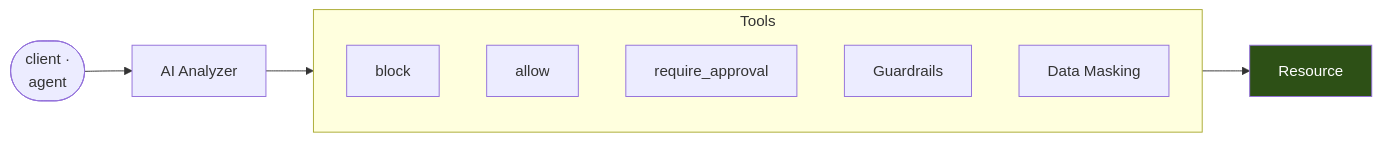
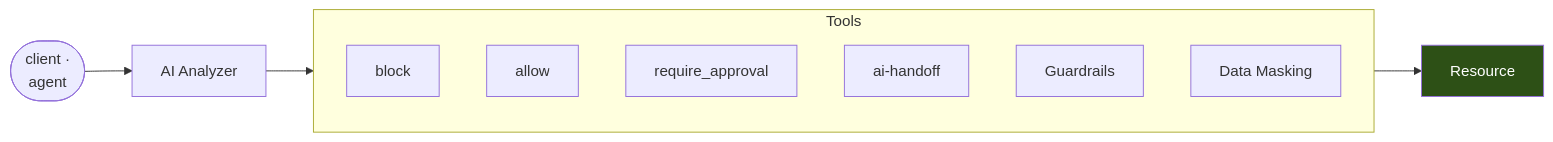
Before and after one commit to hoophq/documentation: the diagram in features/agentic-access.mdx, drawn with Mermaid. The commit also changed other lines of this file and 3 other files, not shown here.

````diff
--- a/features/agentic-access.mdx
+++ b/features/agentic-access.mdx
@@ -10,18 +10,19 @@
 ```mermaid
 flowchart LR
     C(["client ·<br/>agent"]) --> AI["AI Analyzer"]
 
     subgraph TOOLS["Tools"]
       direction TB
       BLK["block"]
       ALW["allow"]
       RVW["require_approval"]
+      HND["ai-handoff"]
       GR["Guardrails"]
       DM["Data Masking"]
     end
 
     AI --> TOOLS
     TOOLS --> R["Resource"]
 
     style R fill:#2d5016,color:#fff
 ```
````
